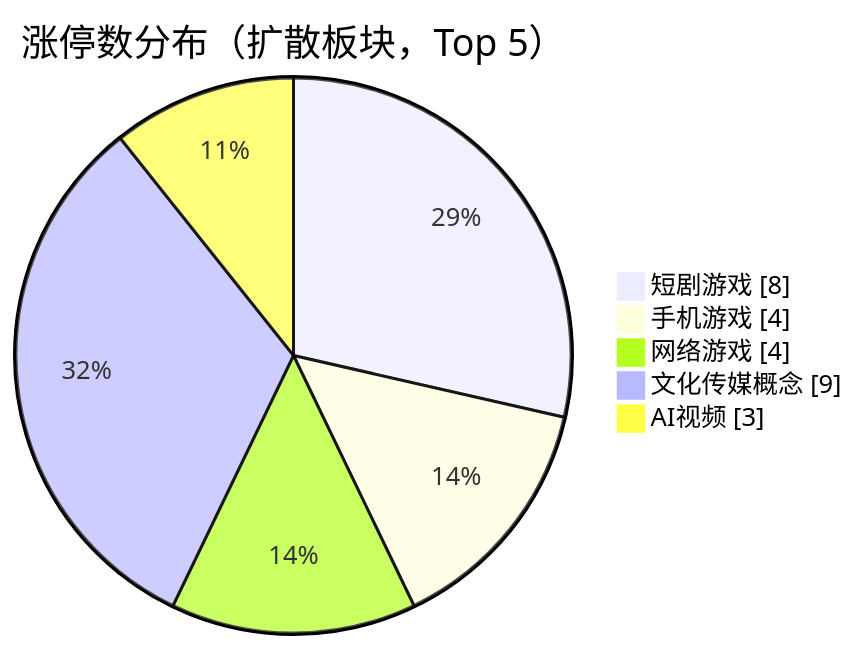
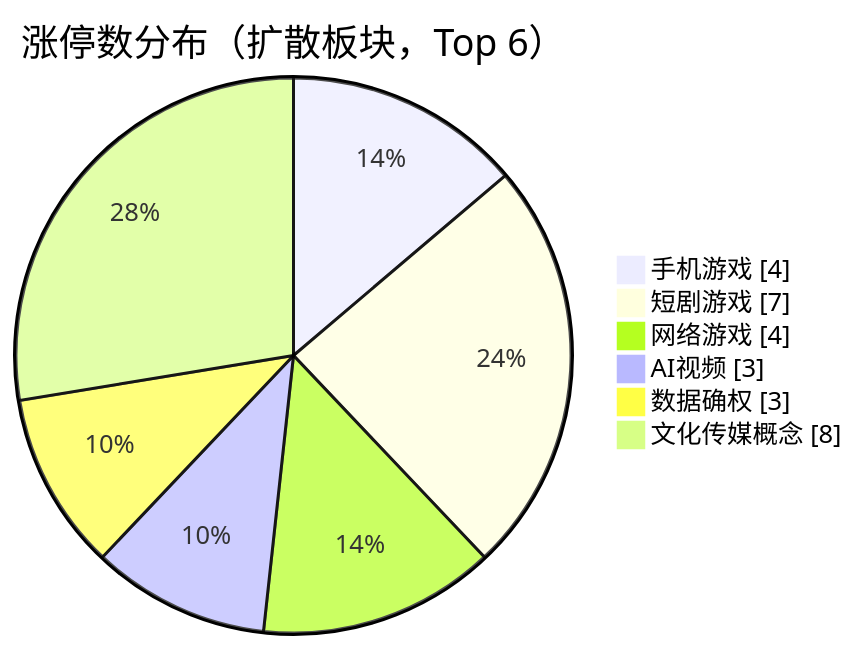
One commit to chenyang1999/chzl-kg changed the first of 3 diagrams in content/投研交易/盘中分析/20261113.md. Above: the diagram before and after it, drawn with Mermaid. The commit also changed other lines of this file and 3 other files, not shown here.

````diff
--- a/content/投研交易/盘中分析/20261113.md
+++ b/content/投研交易/盘中分析/20261113.md
@@ -30,9 +30,10 @@
 ```mermaid
 pie showData
-    title 涨停数分布（扩散板块，Top 5）
-    "短剧游戏" : 8
+    title 涨停数分布（扩散板块，Top 6）
     "手机游戏" : 4
+    "短剧游戏" : 7
     "网络游戏" : 4
-    "文化传媒概念" : 9
     "AI视频" : 3
+    "数据确权" : 3
+    "文化传媒概念" : 8
 ```
````
